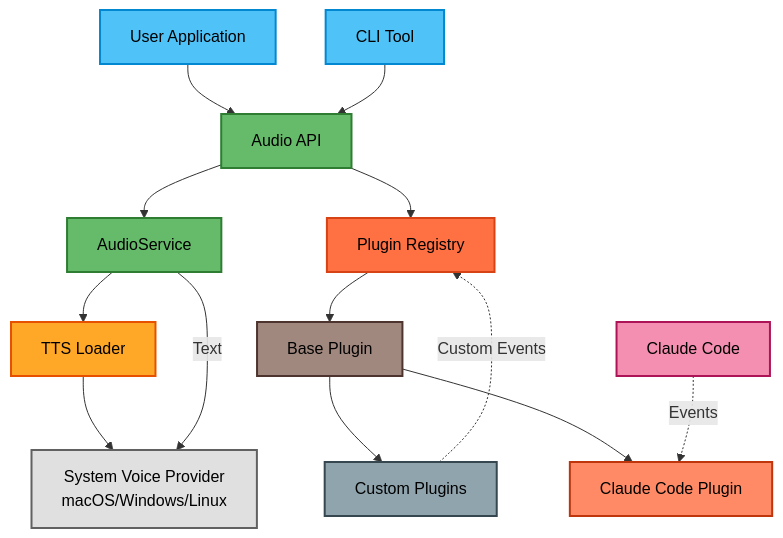
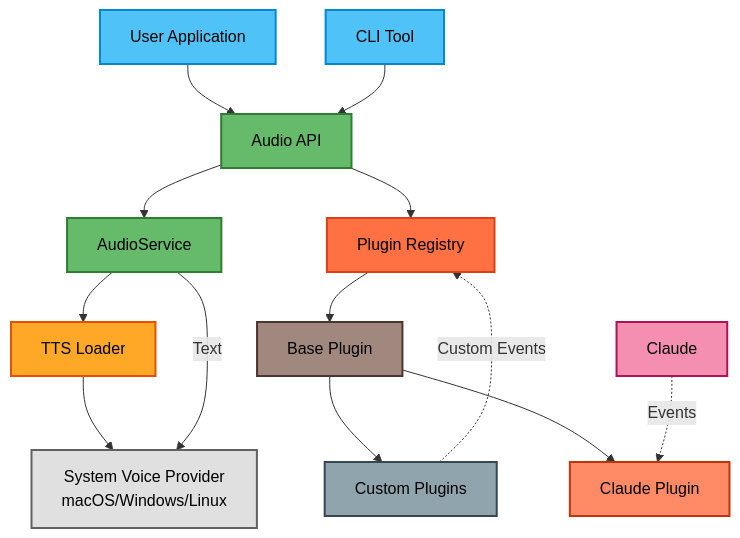
The diagram in README.md (neekware/eh-aye-stts), drawn with Mermaid before and after one commit. The commit also changed other lines of this file and 35 other files, not shown here.

````diff
--- a/README.md
+++ b/README.md
@@ -369,38 +202,38 @@
 ```mermaid
 graph TB
     %% User Entry Points
     User[User Application] --> API[Audio API]
     CLI[CLI Tool] --> API
 
     %% Core Audio API
     API --> AS[AudioService]
     AS --> TL[TTS Loader]
 
     %% TTS System
     TL --> Say[System Voice Provider<br/>macOS/Windows/Linux]
 
     %% Plugin System
     API --> PR[Plugin Registry]
     PR --> BP[Base Plugin]
     BP --> CP[Custom Plugins]
-    BP --> CCP[Claude Code Plugin]
+    BP --> CCP[Claude Plugin]
 
     %% Event Flow
-    CC[Claude Code] -.->|Events| CCP
+    CC[Claude] -.->|Events| CCP
     CP -.->|Custom Events| PR
 
     %% Audio Flow
     AS --> |Text| Say
 
     style User fill:#4fc3f7,stroke:#0288d1,stroke-width:2px,color:#000
     style CLI fill:#4fc3f7,stroke:#0288d1,stroke-width:2px,color:#000
     style API fill:#66bb6a,stroke:#2e7d32,stroke-width:2px,color:#000
     style AS fill:#66bb6a,stroke:#2e7d32,stroke-width:2px,color:#000
     style TL fill:#ffa726,stroke:#e65100,stroke-width:2px,color:#000
     style Say fill:#e0e0e0,stroke:#616161,stroke-width:2px,color:#000
     style PR fill:#ff7043,stroke:#d84315,stroke-width:2px,color:#000
     style BP fill:#a1887f,stroke:#4e342e,stroke-width:2px,color:#000
     style CP fill:#90a4ae,stroke:#37474f,stroke-width:2px,color:#000
     style CCP fill:#ff8a65,stroke:#bf360c,stroke-width:2px,color:#000
     style CC fill:#f48fb1,stroke:#ad1457,stroke-width:2px,color:#000
 ```
````
